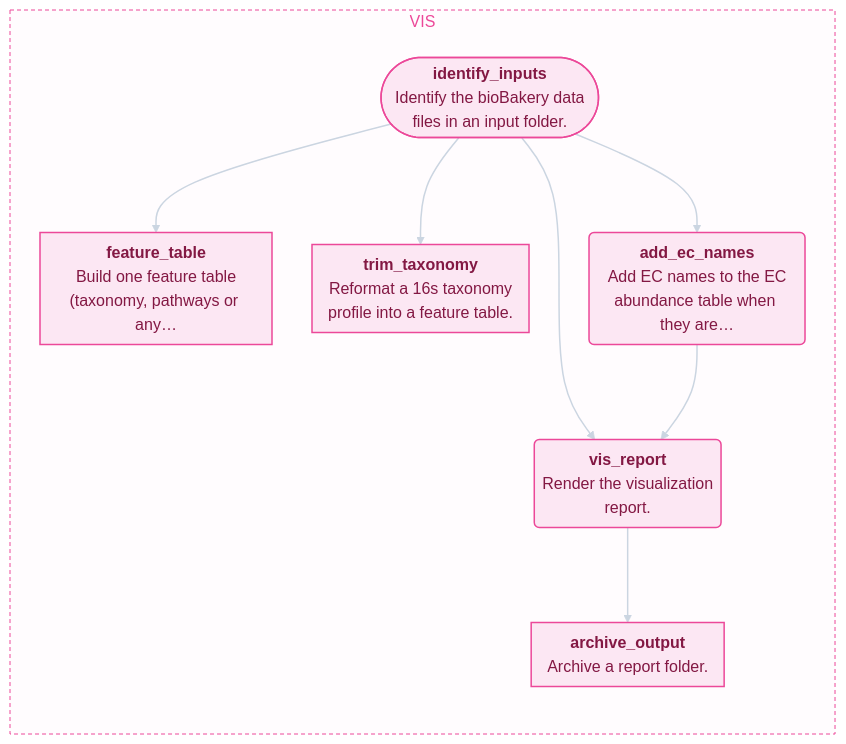
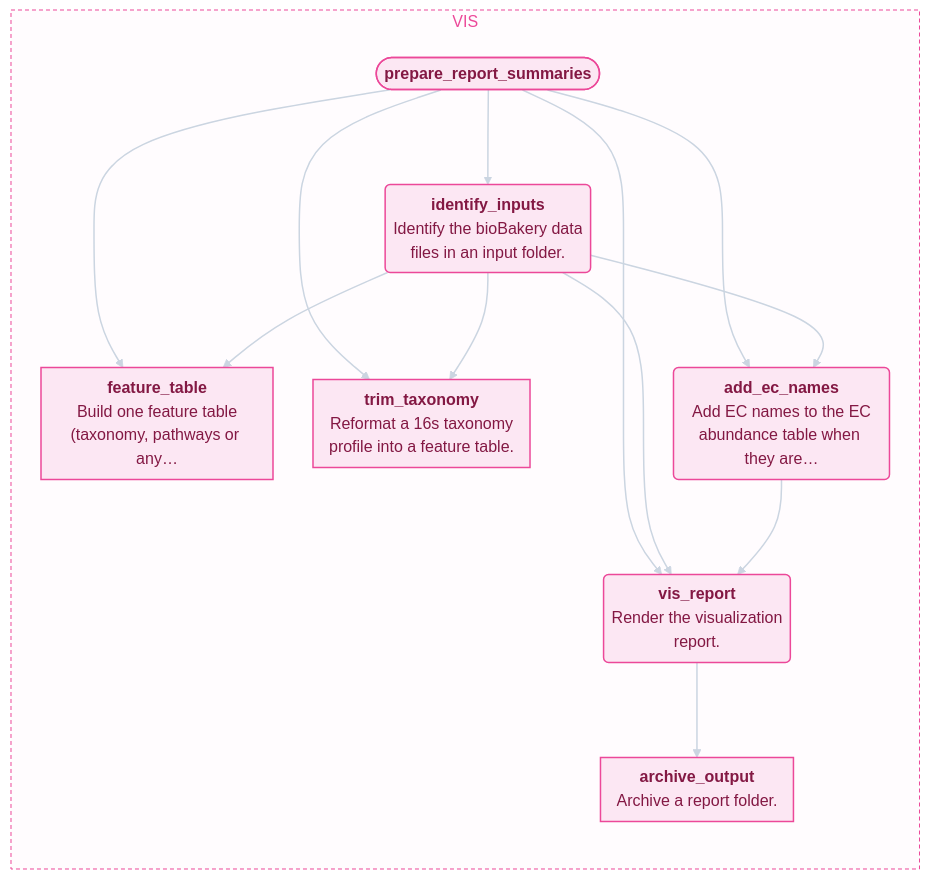
Before and after one commit to biobakery/biobakery-nextflow: the sixth of 7 diagrams in docs/workflow_reference.md, drawn with Mermaid. The commit also changed other lines of this file and 2 other files, not shown here.

````diff
--- a/docs/workflow_reference.md
+++ b/docs/workflow_reference.md
@@ -821,28 +728,34 @@
 ```mermaid
 %%{init: {"flowchart": {"curve": "basis", "nodeSpacing": 40,
                         "rankSpacing": 70, "padding": 8}}}%%
 flowchart LR
     subgraph VIS
         direction TB
-        identify_inputs(["<b>identify_inputs</b><br/>Identify the bioBakery data<br/>files in an input folder."])
+        prepare_report_summaries(["<b>prepare_report_summaries</b>"])
+        identify_inputs("<b>identify_inputs</b><br/>Identify the bioBakery data<br/>files in an input folder.")
         feature_table["<b>feature_table</b><br/>Build one feature table<br/>(taxonomy, pathways or any…"]
         trim_taxonomy["<b>trim_taxonomy</b><br/>Reformat a 16s taxonomy<br/>profile into a feature table."]
         add_ec_names("<b>add_ec_names</b><br/>Add EC names to the EC<br/>abundance table when they are…")
         vis_report("<b>vis_report</b><br/>Render the visualization<br/>report.")
         archive_output["<b>archive_output</b><br/>Archive a report folder."]
     end
 
+    prepare_report_summaries --> identify_inputs
+    prepare_report_summaries --> feature_table
+    prepare_report_summaries --> trim_taxonomy
+    prepare_report_summaries --> add_ec_names
+    prepare_report_summaries --> vis_report
     identify_inputs --> feature_table
     identify_inputs --> trim_taxonomy
     identify_inputs --> add_ec_names
     identify_inputs --> vis_report
     add_ec_names --> vis_report
     vis_report --> archive_output
 
     style VIS fill:#fce7f322,stroke:#ec4899,stroke-width:1px,stroke-dasharray:4 3,color:#ec4899
 
     classDef stage0 fill:#fce7f3,stroke:#ec4899,stroke-width:1.5px,color:#831843
-    class identify_inputs,feature_table,trim_taxonomy,add_ec_names,vis_report,archive_output stage0
+    class prepare_report_summaries,identify_inputs,feature_table,trim_taxonomy,add_ec_names,vis_report,archive_output stage0
 
     linkStyle default stroke:#cbd5e1,stroke-width:1.5px
 ```
````
